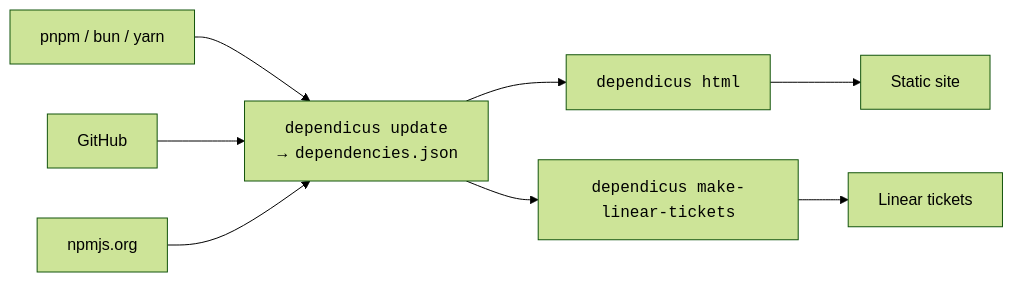
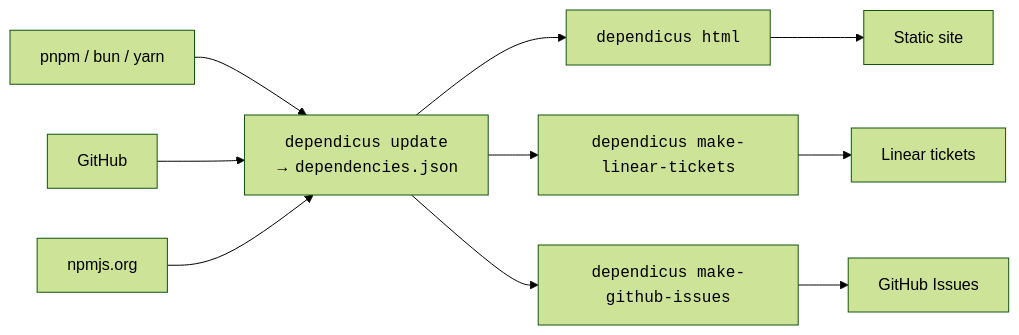
Before and after one commit to descriptinc/dependicus: the diagram in docs/docs/index.md, drawn with Mermaid (forest theme). The commit also changed other lines of this file and 8 other files, not shown here.

````diff
--- a/docs/docs/index.md
+++ b/docs/docs/index.md
@@ -9,11 +9,13 @@
 ```mermaid
 graph LR
     lockfile["pnpm / bun / yarn"] --> dependicus-update["<tt>dependicus update</tt><br>&rarr; <tt>dependencies.json</tt>"]
     GitHub --> dependicus-update
     npmjs.org --> dependicus-update
     dependicus-update --> dependicus-html["<tt>dependicus html</tt>"]
     dependicus-update --> dependicus-make-linear-tickets["<tt>dependicus make-linear-tickets</tt>"]
+    dependicus-update --> dependicus-make-github-issues["<tt>dependicus make-github-issues</tt>"]
 
     dependicus-html --> static-site["Static site"]
     dependicus-make-linear-tickets --> linear-tickets["Linear tickets"]
+    dependicus-make-github-issues --> github-issues["GitHub Issues"]
 ```
````
